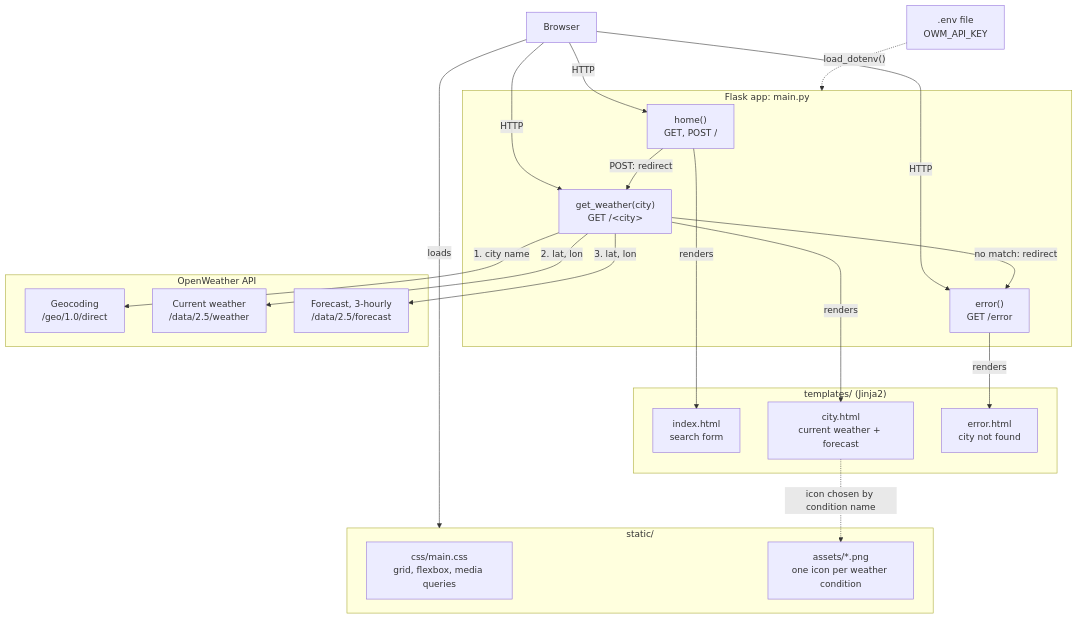
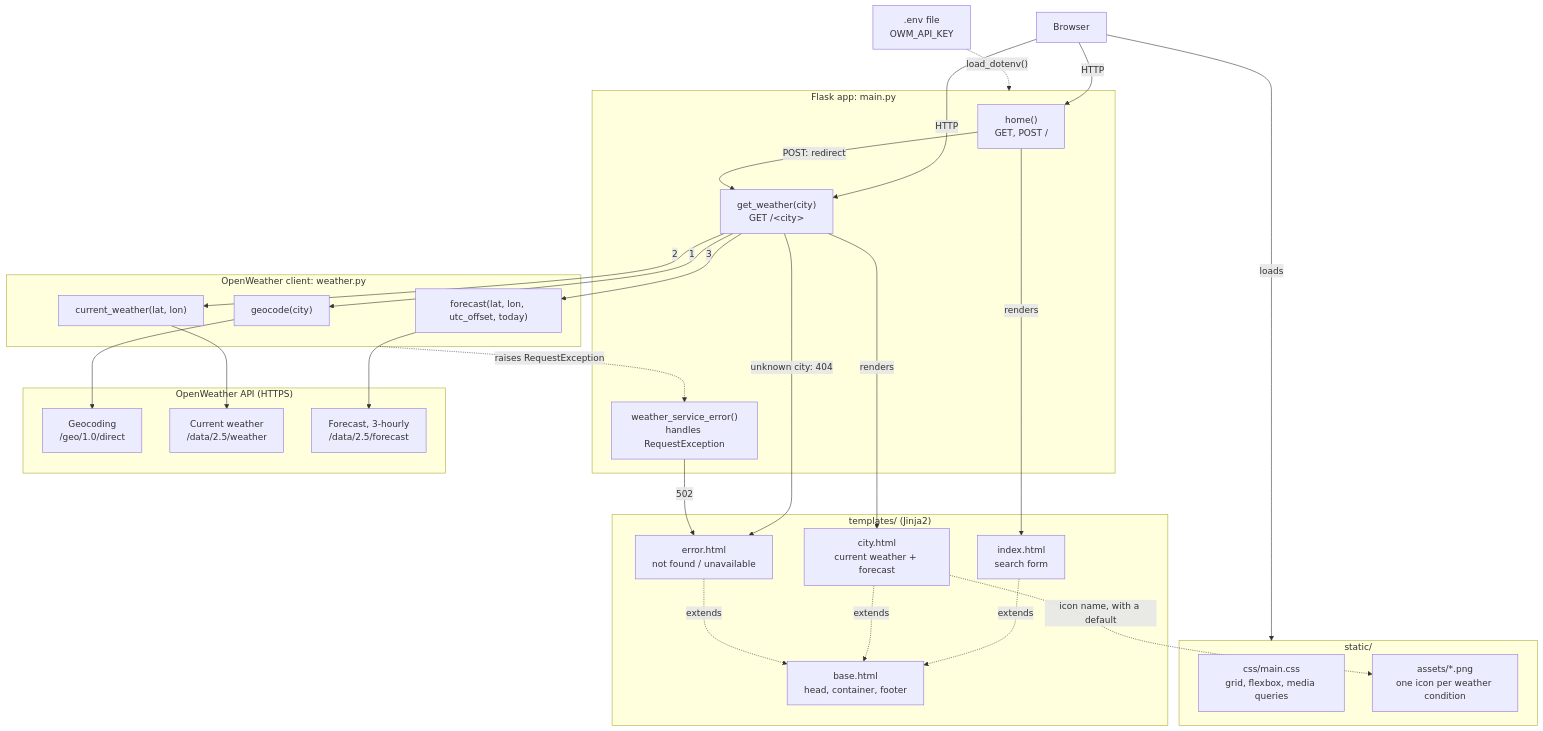
One commit to kousen/claude-code-training changed the first of 3 diagrams in exercises/python/weather-app/docs/architecture.md. Above: the diagram before and after it, drawn with Mermaid. The commit also changed other lines of this file and 8 other files, not shown here.

First line of the commit message:
weather-app: split OpenWeather client, share a base template

````diff
--- a/exercises/python/weather-app/docs/architecture.md
+++ b/exercises/python/weather-app/docs/architecture.md
@@ -7,46 +7,60 @@
 ```mermaid
 flowchart TD
     Browser["Browser"]
     Env[".env file<br/>OWM_API_KEY"]
 
     subgraph Flask["Flask app: main.py"]
         Home["home()<br/>GET, POST /"]
         Weather["get_weather(city)<br/>GET /#lt;city#gt;"]
-        Error["error()<br/>GET /error"]
+        Handler["weather_service_error()<br/>handles RequestException"]
+    end
+
+    subgraph Client["OpenWeather client: weather.py"]
+        Geocode["geocode(city)"]
+        CurrentFn["current_weather(lat, lon)"]
+        ForecastFn["forecast(lat, lon, utc_offset, today)"]
     end
 
     subgraph Templates["templates/ (Jinja2)"]
+        BaseT["base.html<br/>head, container, footer"]
         IndexT["index.html<br/>search form"]
         CityT["city.html<br/>current weather + forecast"]
-        ErrorT["error.html<br/>city not found"]
+        ErrorT["error.html<br/>not found / unavailable"]
     end
 
     subgraph Static["static/"]
         CSS["css/main.css<br/>grid, flexbox, media queries"]
         Icons["assets/*.png<br/>one icon per weather condition"]
     end
 
-    subgraph OWM["OpenWeather API"]
+    subgraph OWM["OpenWeather API (HTTPS)"]
         Geo["Geocoding<br/>/geo/1.0/direct"]
         Current["Current weather<br/>/data/2.5/weather"]
         Forecast["Forecast, 3-hourly<br/>/data/2.5/forecast"]
     end
 
     Browser -->|"HTTP"| Home
     Browser -->|"HTTP"| Weather
-    Browser -->|"HTTP"| Error
     Browser -->|"loads"| Static
 
     Home -->|"renders"| IndexT
     Home -->|"POST: redirect"| Weather
     Weather -->|"renders"| CityT
-    Weather -->|"no match: redirect"| Error
-    Error -->|"renders"| ErrorT
+    Weather -->|"unknown city: 404"| ErrorT
+    Handler -->|"502"| ErrorT
 
-    Weather -->|"1. city name"| Geo
-    Weather -->|"2. lat, lon"| Current
-    Weather -->|"3. lat, lon"| Forecast
+    Weather -->|"1"| Geocode
+    Weather -->|"2"| CurrentFn
+    Weather -->|"3"| ForecastFn
+    Geocode --> Geo
+    CurrentFn --> Current
+    ForecastFn --> Forecast
+    Client -.->|"raises RequestException"| Handler
+
+    IndexT -.->|"extends"| BaseT
+    CityT -.->|"extends"| BaseT
+    ErrorT -.->|"extends"| BaseT
 
     Env -.->|"load_dotenv()"| Flask
-    CityT -.->|"icon chosen by condition name"| Icons
+    CityT -.->|"icon name, with a default"| Icons
 ```
````
